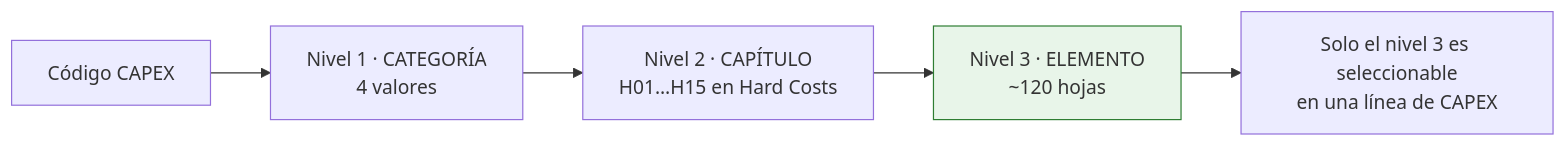
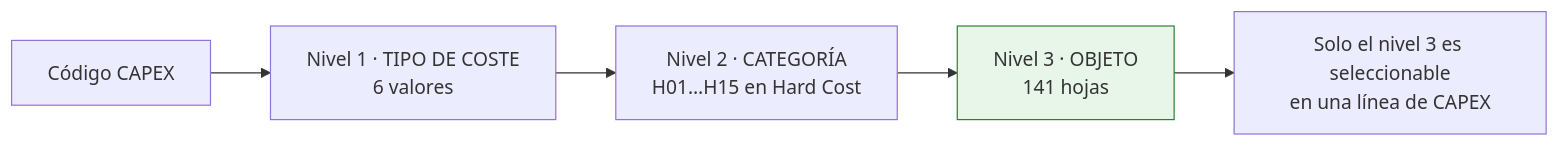
Before and after one commit to fercascos/PruebaTDD: the second of 2 diagrams in docs/05-catalogos-y-taxonomias.md, drawn with Mermaid. The commit also changed other lines of this file and 13 other files, not shown here.

````diff
--- a/docs/05-catalogos-y-taxonomias.md
+++ b/docs/05-catalogos-y-taxonomias.md
@@ -159,9 +159,9 @@
 ```mermaid
 flowchart LR
-    R["Código CAPEX"] --> N1["Nivel 1 · CATEGORÍA<br/>4 valores"]
-    N1 --> N2["Nivel 2 · CAPÍTULO<br/>H01…H15 en Hard Costs"]
-    N2 --> N3["Nivel 3 · ELEMENTO<br/>~120 hojas"]
+    R["Código CAPEX"] --> N1["Nivel 1 · TIPO DE COSTE<br/>6 valores"]
+    N1 --> N2["Nivel 2 · CATEGORÍA<br/>H01…H15 en Hard Cost"]
+    N2 --> N3["Nivel 3 · OBJETO<br/>141 hojas"]
     N3 --> S["Solo el nivel 3 es seleccionable<br/>en una línea de CAPEX"]
 
     style N3 fill:#e8f5e9,stroke:#2e7d32
 ```
````
